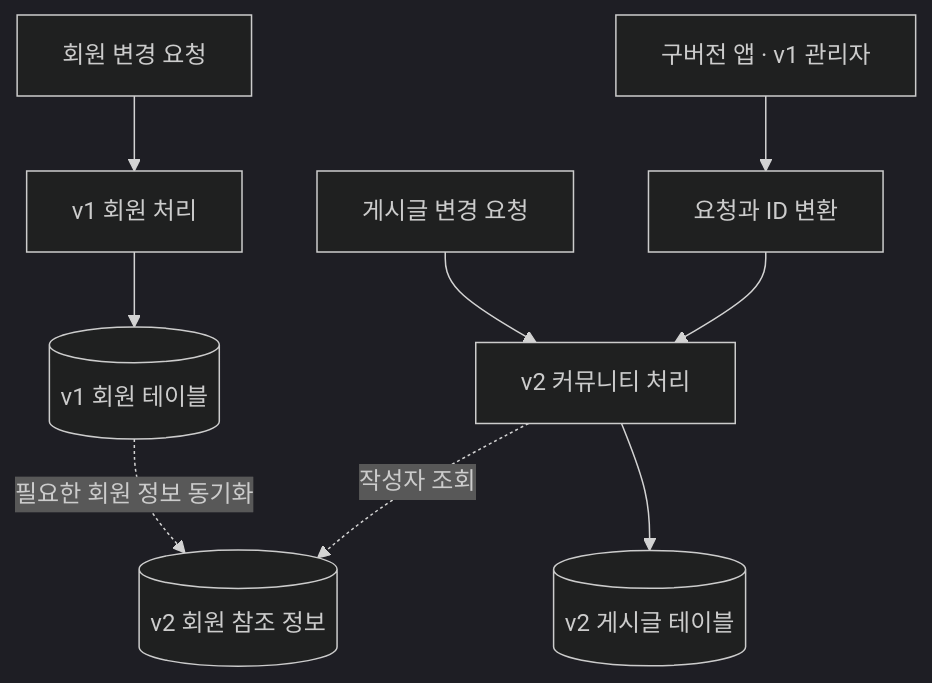
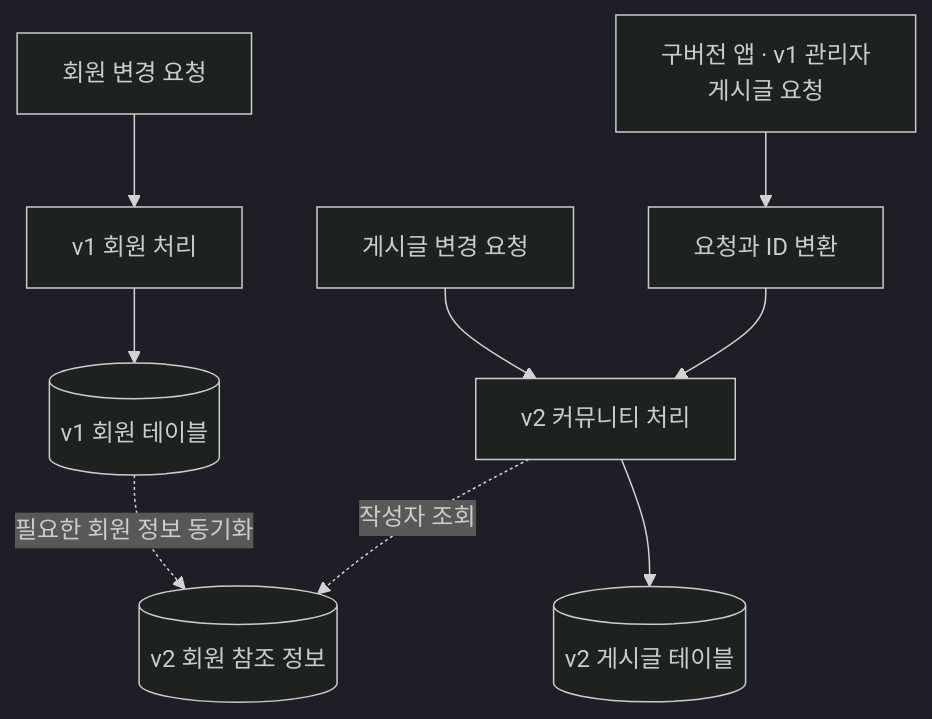
One commit to oownahcohc/oownahcohc.github.io changed the second of 4 diagrams in src/content/blog/strangler-fig-redesign.md. Above: the diagram before and after it, drawn with Mermaid (dark theme). The commit also changed other lines of this file, not shown here.

Commit message:
Strangler Fig 글을 점진 전환 설계 과정으로 재구성한다

````diff
--- a/src/content/blog/strangler-fig-redesign.md
+++ b/src/content/blog/strangler-fig-redesign.md
@@ -170,11 +141,11 @@
 ```mermaid
 flowchart TB
     M["회원 변경 요청"] --> V1["v1 회원 처리"]
     V1 --> D1[("v1 회원 테이블")]
     D1 -. "필요한 회원 정보 동기화" .-> D2[("v2 회원 참조 정보")]
     P["게시글 변경 요청"] --> V2["v2 커뮤니티 처리"]
     V2 --> D3[("v2 게시글 테이블")]
     V2 -. "작성자 조회" .-> D2
-    Old["구버전 앱 · v1 관리자"] --> Adapter["요청과 ID 변환"]
+    Old["구버전 앱 · v1 관리자<br/>게시글 요청"] --> Adapter["요청과 ID 변환"]
     Adapter --> V2
 ```
````
